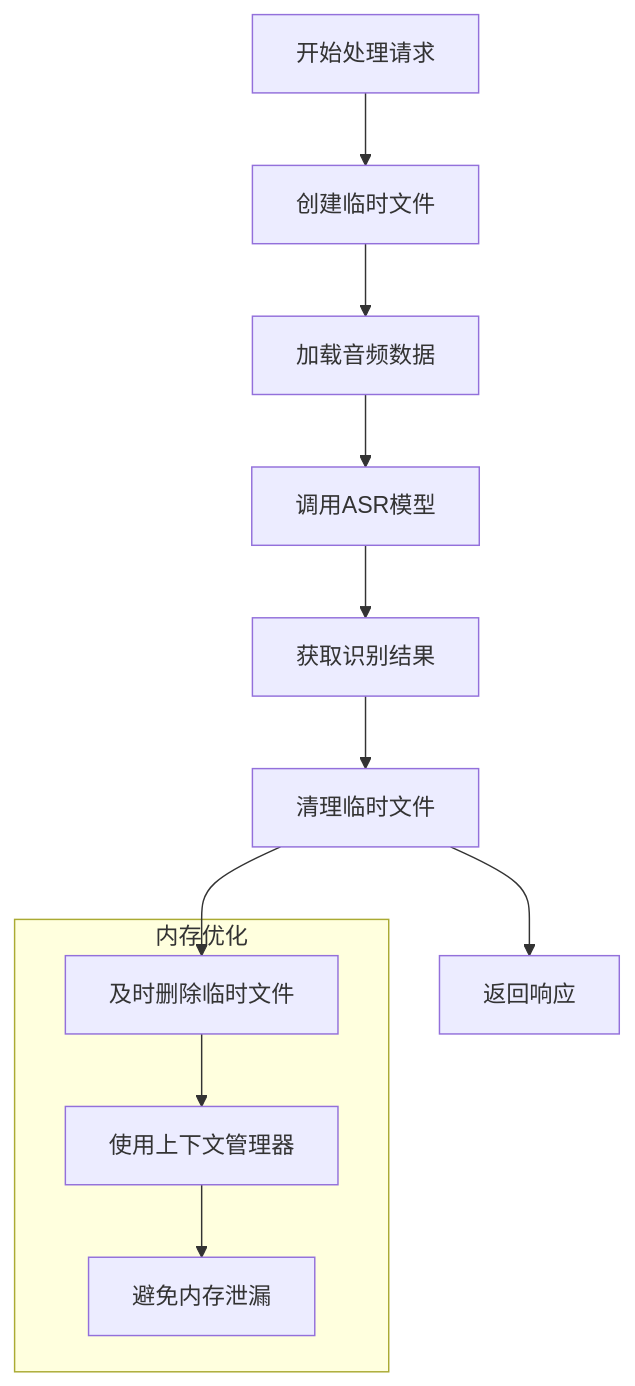
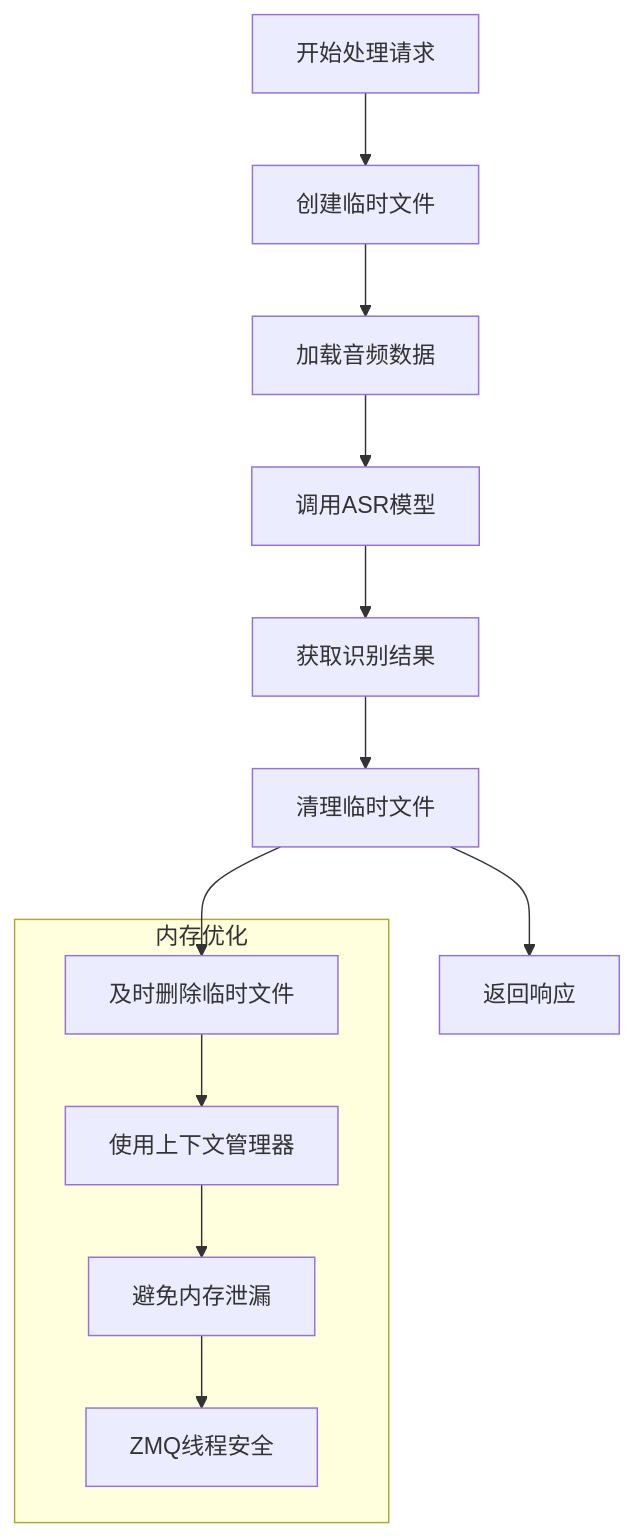
Before and after one commit to 1024dashen/Vue3Speech: the tenth of 10 diagrams in .qoder/repowiki/zh/content/后端服务架构/FastAPI服务设计.md, drawn with Mermaid. The commit also changed other lines of this file and 15 other files, not shown here.

````diff
--- a/.qoder/repowiki/zh/content/后端服务架构/FastAPI服务设计.md
+++ b/.qoder/repowiki/zh/content/后端服务架构/FastAPI服务设计.md
@@ -425,17 +527,19 @@
 ```mermaid
 flowchart TD
 A[开始处理请求] --> B[创建临时文件]
 B --> C[加载音频数据]
 C --> D[调用ASR模型]
 D --> E[获取识别结果]
 E --> F[清理临时文件]
 F --> G[返回响应]
 subgraph "内存优化"
 H[及时删除临时文件]
 I[使用上下文管理器]
 J[避免内存泄漏]
+K[ZMQ线程安全]
 end
 F --> H
 H --> I
 I --> J
+J --> K
 ```
````
